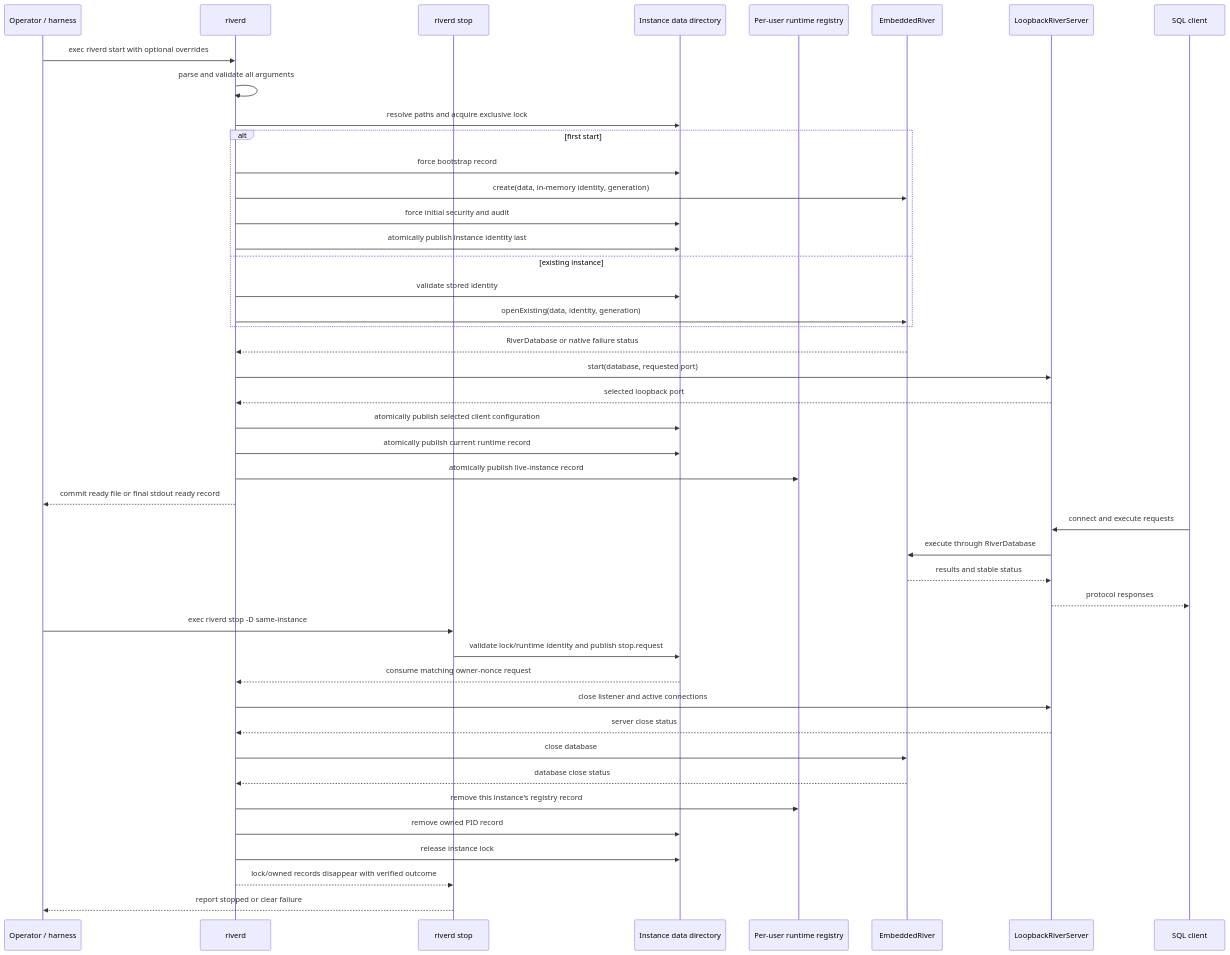
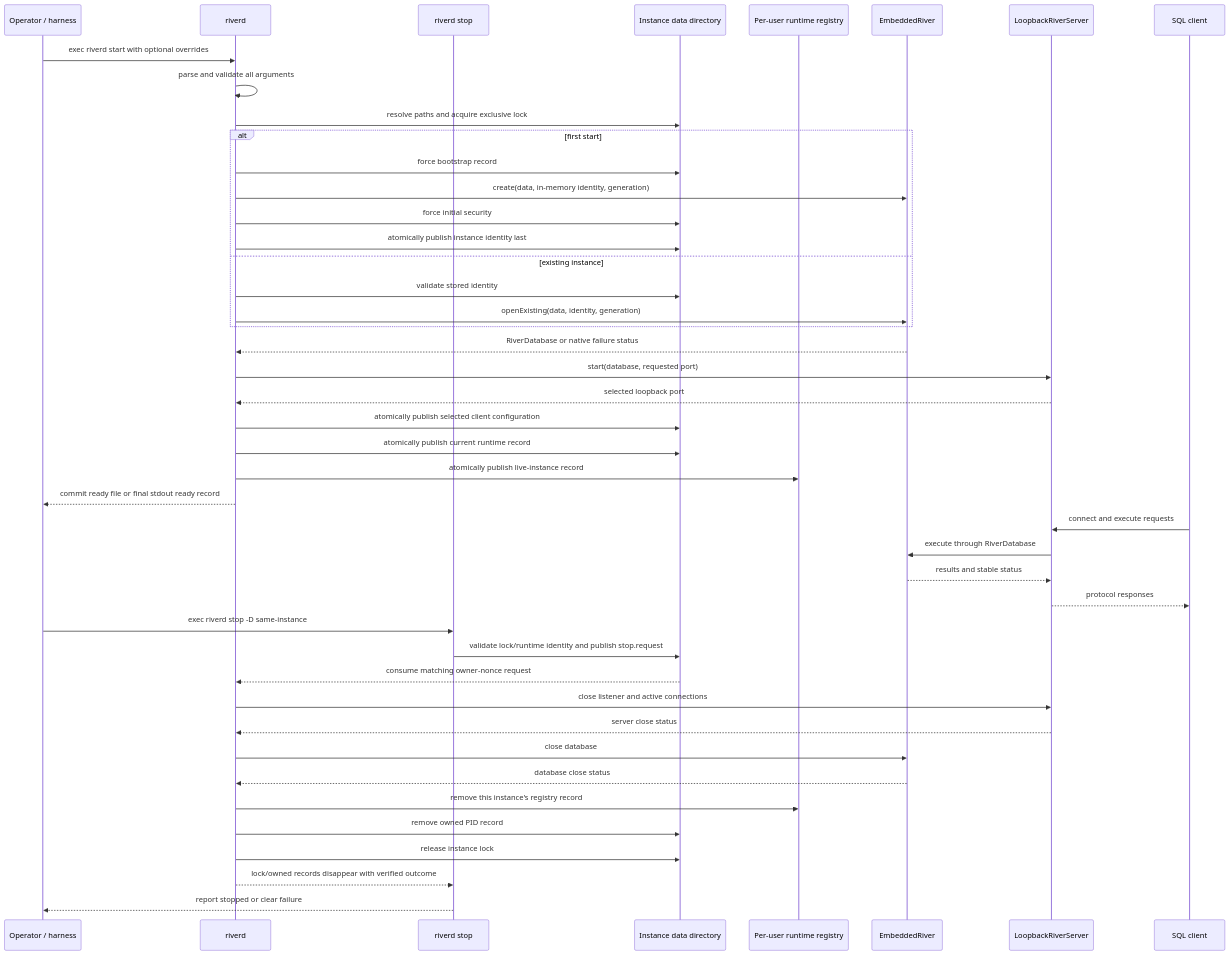
The second of 2 diagrams in docs/plans/riverd-standalone-server-plan.md (blater/river), drawn with Mermaid before and after one commit. The commit also changed other lines of this file and 76 other files, not shown here.

Commit message:
feat(riverd): remove mandatory security auditing and defer its roadmap

````diff
--- a/docs/plans/riverd-standalone-server-plan.md
+++ b/docs/plans/riverd-standalone-server-plan.md
@@ -110,47 +109,47 @@
 ```mermaid
 sequenceDiagram
   participant C as Operator / harness
   participant D as riverd
   participant T as riverd stop
   participant H as Instance data directory
   participant R as Per-user runtime registry
   participant E as EmbeddedRiver
   participant S as LoopbackRiverServer
   participant Q as SQL client
 
   C->>D: exec riverd start with optional overrides
   D->>D: parse and validate all arguments
   D->>H: resolve paths and acquire exclusive lock
   alt first start
     D->>H: force bootstrap record
     D->>E: create(data, in-memory identity, generation)
-    D->>H: force initial security and audit
+    D->>H: force initial security
     D->>H: atomically publish instance identity last
   else existing instance
     D->>H: validate stored identity
     D->>E: openExisting(data, identity, generation)
   end
   E-->>D: RiverDatabase or native failure status
   D->>S: start(database, requested port)
   S-->>D: selected loopback port
   D->>H: atomically publish selected client configuration
   D->>H: atomically publish current runtime record
   D->>R: atomically publish live-instance record
   D-->>C: commit ready file or final stdout ready record
   Q->>S: connect and execute requests
   S->>E: execute through RiverDatabase
   E-->>S: results and stable status
   S-->>Q: protocol responses
   C->>T: exec riverd stop -D same-instance
   T->>H: validate lock/runtime identity and publish stop.request
   H-->>D: consume matching owner-nonce request
   D->>S: close listener and active connections
   S-->>D: server close status
   D->>E: close database
   E-->>D: database close status
   D->>R: remove this instance's registry record
   D->>H: remove owned PID record
   D->>H: release instance lock
   D-->>T: lock/owned records disappear with verified outcome
   T-->>C: report stopped or clear failure
 ```
````
